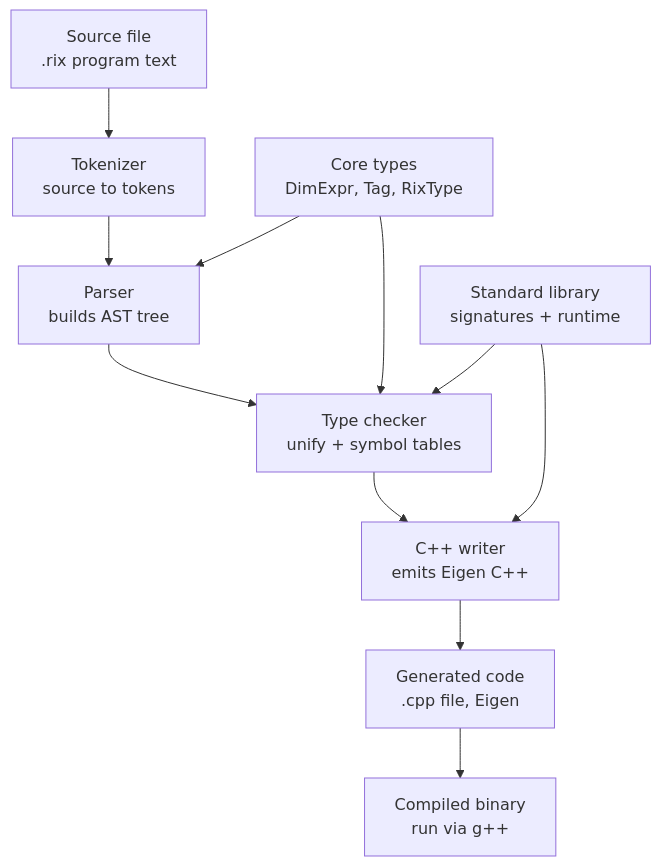
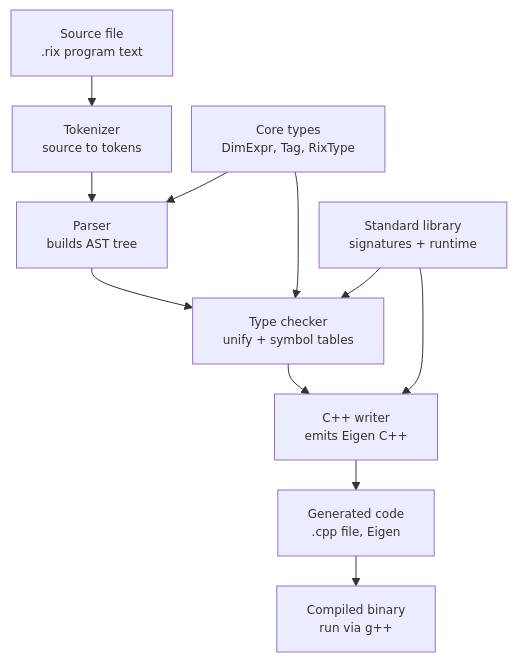
The diagram in README.md (yiclzh/Rix-Compiler), drawn with Mermaid before and after one commit. The commit also changed 4 other files, not shown here.

````diff
--- a/README.md
+++ b/README.md
@@ -26,14 +26,15 @@
 ```mermaid
+%%{init: {'flowchart': {'nodeSpacing': 20, 'rankSpacing': 30}, 'themeVariables': {'fontSize': '12px'}}}%%
 flowchart TD
     A[Source file<br/>.rix program text] --> B[Tokenizer<br/>source to tokens]
     B --> C[Parser<br/>builds AST tree]
     C --> D[Type checker<br/>unify + symbol tables]
     D --> E[C++ writer<br/>emits Eigen C++]
     E --> F[Generated code<br/>.cpp file, Eigen]
     F --> G[Compiled binary<br/>run via g++]
 
     H[Core types<br/>DimExpr, Tag, RixType] --> C
     H --> D
     I[Standard library<br/>signatures + runtime] --> D
     I --> E
 ```
````
